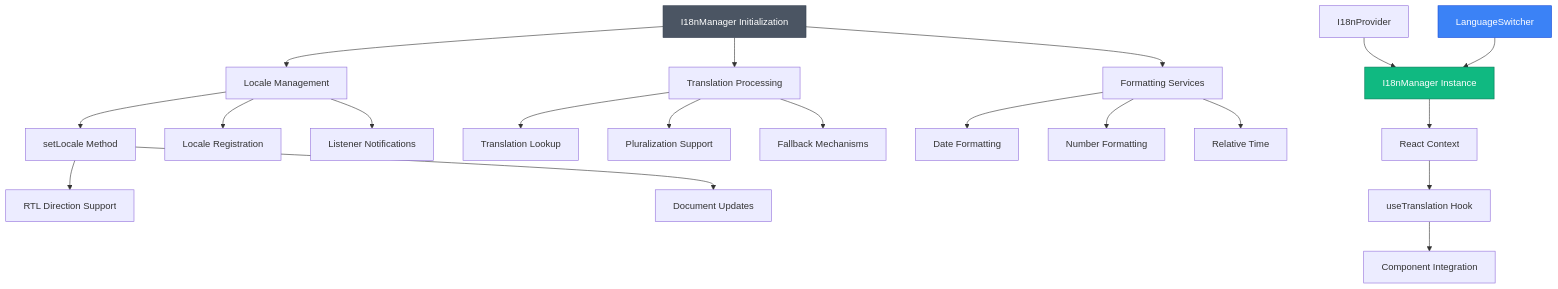
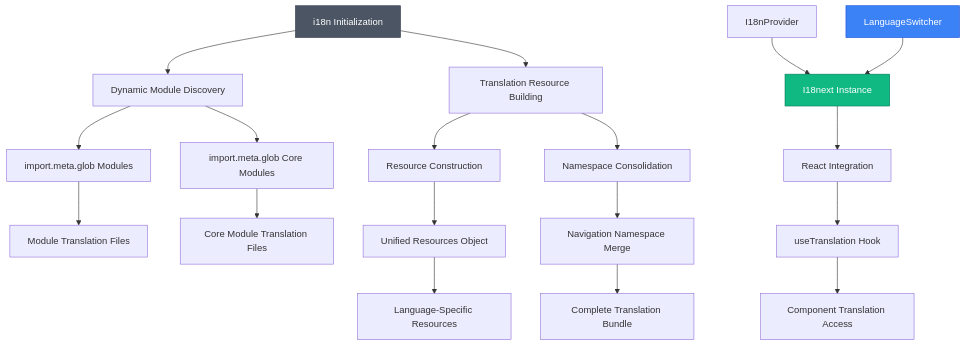
The first of 2 diagrams in .qoder/repowiki/en/content/Core Systems/Internationalization (i18n)/Internationalization (i18n).md (geniusdynamics/schoolpilot), drawn with Mermaid before and after one commit. The commit also changed other lines of this file and 760 other files, not shown here.

````diff
--- a/.qoder/repowiki/en/content/Core Systems/Internationalization (i18n)/Internationalization (i18n).md
+++ b/.qoder/repowiki/en/content/Core Systems/Internationalization (i18n)/Internationalization (i18n).md
@@ -43,25 +39,23 @@
 ```mermaid
 graph TD
-A[I18nManager Initialization] --> B[Locale Management]
-A --> C[Translation Processing]
-A --> D[Formatting Services]
-B --> E[setLocale Method]
-B --> F[Locale Registration]
-B --> G[Listener Notifications]
-C --> H[Translation Lookup]
-C --> I[Pluralization Support]
-C --> J[Fallback Mechanisms]
-D --> K[Date Formatting]
-D --> L[Number Formatting]
-D --> M[Relative Time]
-E --> N[RTL Direction Support]
-E --> O[Document Updates]
-P[I18nProvider] --> Q[I18nManager Instance]
-Q --> R[React Context]
-R --> S[useTranslation Hook]
-S --> T[Component Integration]
-U[LanguageSwitcher] --> Q
+A[i18n Initialization] --> B[Dynamic Module Discovery]
+A --> C[Translation Resource Building]
+B --> D[import.meta.glob Modules]
+B --> E[import.meta.glob Core Modules]
+C --> F[Resource Construction]
+C --> G[Namespace Consolidation]
+D --> H[Module Translation Files]
+E --> I[Core Module Translation Files]
+F --> J[Unified Resources Object]
+G --> K[Navigation Namespace Merge]
+J --> L[Language-Specific Resources]
+K --> M[Complete Translation Bundle]
+N[I18nProvider] --> O[I18next Instance]
+O --> P[React Integration]
+P --> Q[useTranslation Hook]
+Q --> R[Component Translation Access]
+S[LanguageSwitcher] --> O
 style A fill:#4B5563,stroke:#374151,color:white
-style Q fill:#10B981,stroke:#047857,color:white
-style U fill:#3B82F6,stroke:#1D4ED8,color:white
+style O fill:#10B981,stroke:#047857,color:white
+style S fill:#3B82F6,stroke:#1D4ED8,color:white
 ```
````
